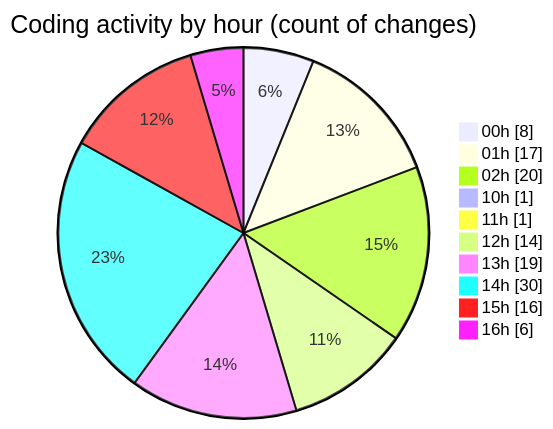
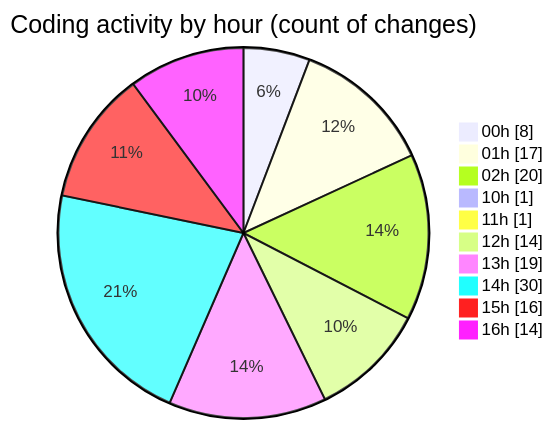
One commit to Elitesun/code-tracking changed the second of 2 diagrams in 2025-05-02/niten/README.md. Above: the diagram before and after it, drawn with Mermaid. The commit also changed other lines of this file and 1 other file, not shown here.

````diff
--- a/2025-05-02/niten/README.md
+++ b/2025-05-02/niten/README.md
@@ -67,14 +69,14 @@
 ```mermaid
 pie showData
 title Coding activity by hour (count of changes)
 "00h" : 8
 "01h" : 17
 "02h" : 20
 "10h" : 1
 "11h" : 1
 "12h" : 14
 "13h" : 19
 "14h" : 30
 "15h" : 16
-"16h" : 6
+"16h" : 14
 ```
````
